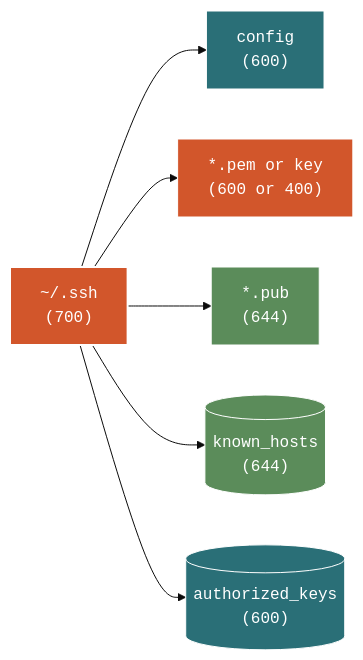
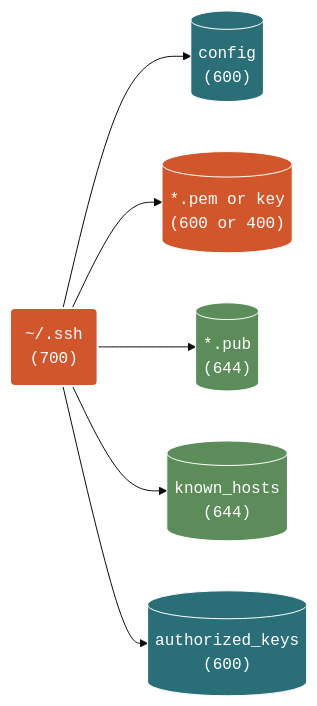
The second of 2 diagrams in aws-ssh-ec2.qmd (mjfrigaard/do4ds-labs), drawn with Mermaid before and after one commit. The commit also changed other lines of this file and 69 other files, not shown here.

Commit message:
style review fixes; mermaid look; lab07 model scripts and workflow deps

````diff
--- a/aws-ssh-ec2.qmd
+++ b/aws-ssh-ec2.qmd
@@ -135,27 +137,27 @@
 ```{mermaid}
 %%| fig-cap: '~/.ssh Directory Permissions'
 %%| fig-width: 6.0
 %%| fig-align: 'center'
-%%{init: {'theme': 'base', 'themeVariables': {'fontFamily': 'monospace'}}}%%
+%%{init: {'theme': 'base', 'look': 'classic', 'themeVariables': {'fontFamily': 'monospace'}}}%%
 
 graph LR
-    ssh["~/.ssh<br/>(700)"]
-    config["config<br/>(600)"]
-    pem["*.pem or key<br/>(600 or 400)"]
-    pub["*.pub<br/>(644)"]
+    ssh("~/.ssh<br/>(700)")
+    config[("config<br/>(600)")]
+    pem[("*.pem or key<br/>(600 or 400)")]
+    pub[("*.pub<br/>(644)")]
     known[("known_hosts<br/>(644)")]
     auth[("authorized_keys<br/>(600)")]
 
     ssh --> config
     ssh --> pem
     ssh --> pub
     ssh --> known
     ssh --> auth
 
     style ssh fill:#D2562B,stroke:#fff,stroke-width:2px,color:#fff,font-family:monospace,text-align:center
     style config fill:#2A6F77,stroke:#fff,stroke-width:1px,color:#fff,font-family:monospace,text-align:center
     style pem fill:#D2562B,stroke:#fff,stroke-width:1px,color:#fff,font-family:monospace,text-align:center
     style pub fill:#5B8C5A,stroke:#fff,stroke-width:1px,color:#fff,font-family:monospace,text-align:center
     style known fill:#5B8C5A,stroke:#fff,stroke-width:1px,color:#fff,font-family:monospace,text-align:center
     style auth fill:#2A6F77,stroke:#fff,stroke-width:1px,color:#fff,font-family:monospace,text-align:center
 ```
````
